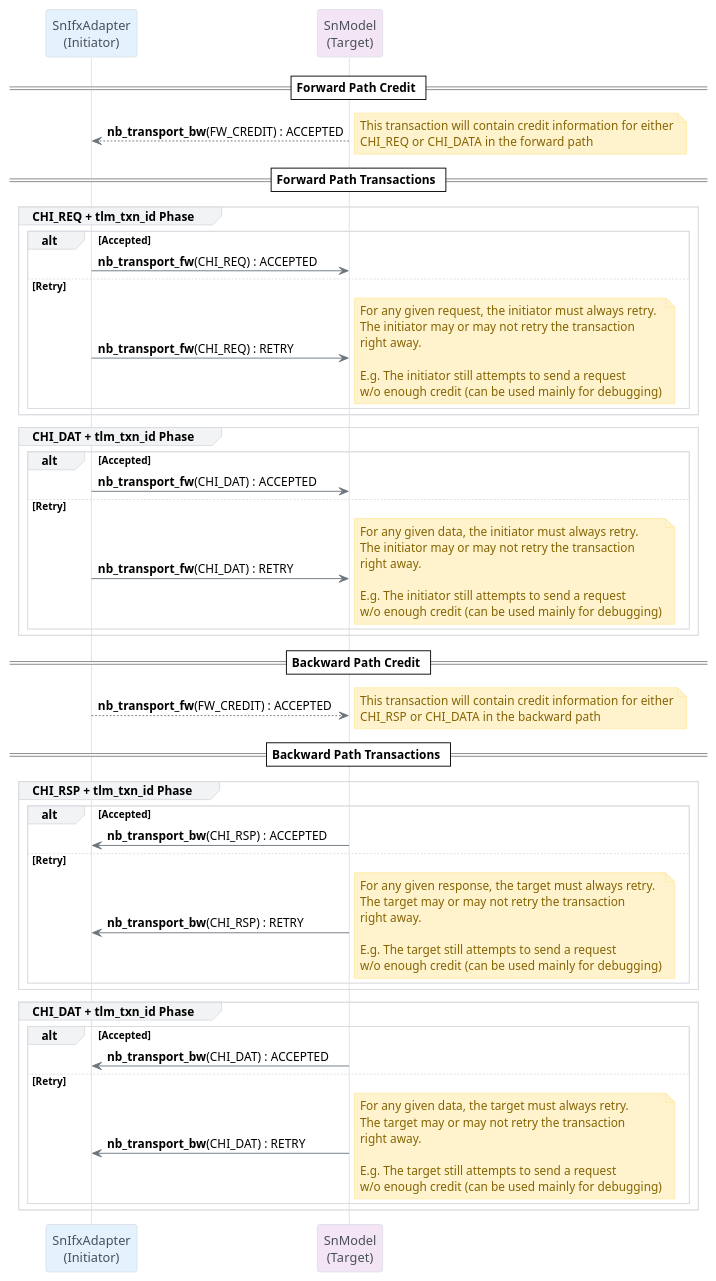
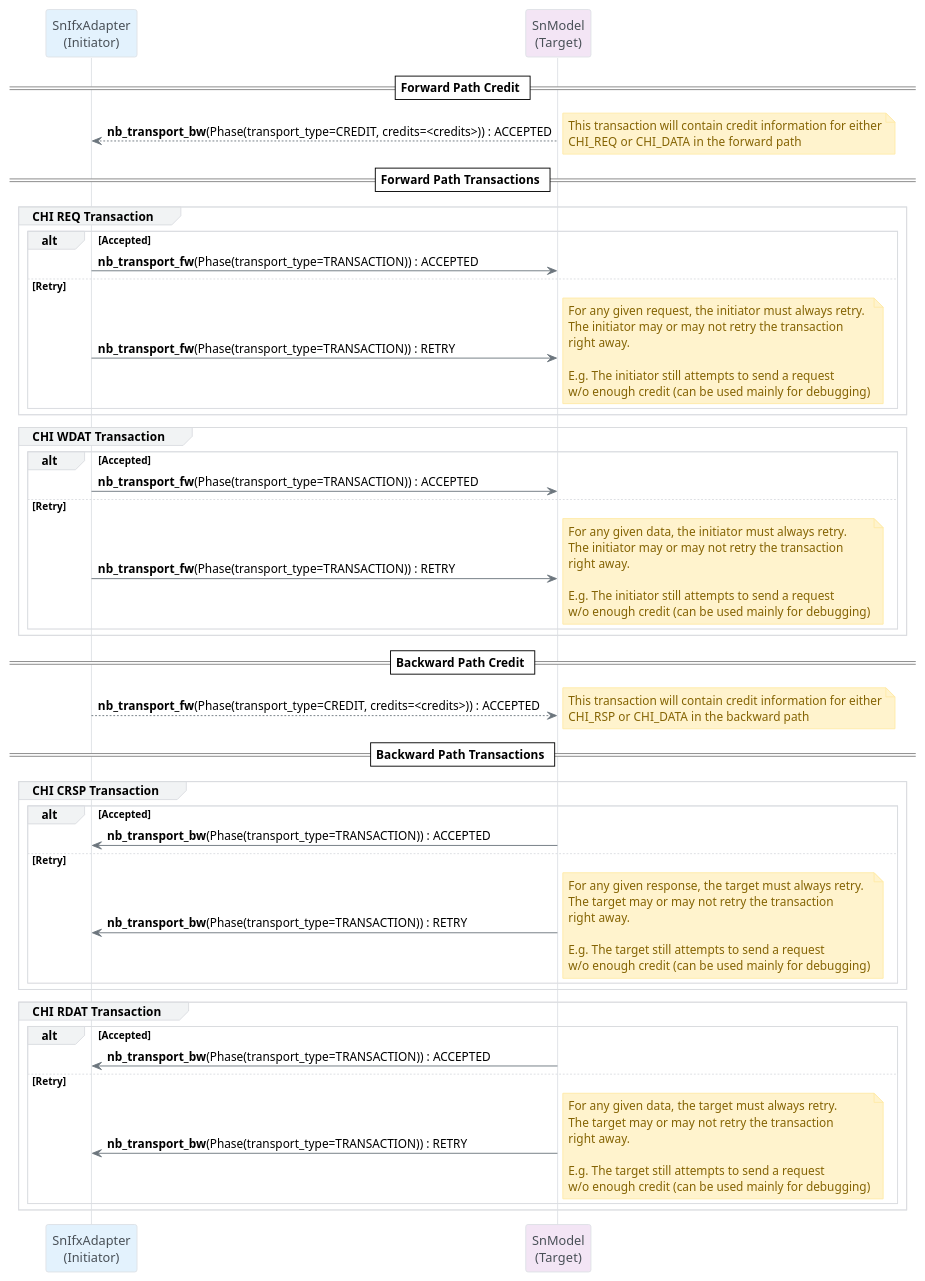
Before and after one commit to signature-ip-ai/chronos: the diagram in amba_chi/docs/uml/SnTlmTransactions.plantuml, drawn with PlantUML. The commit also changed 6 other files, not shown here.

```diff
--- a/amba_chi/docs/uml/SnTlmTransactions.plantuml
+++ b/amba_chi/docs/uml/SnTlmTransactions.plantuml
@@ -1,108 +1,108 @@
 @startuml
 !theme plain
 skinparam {
     backgroundColor white
     participant {
         backgroundColor #f8f9fa
         borderColor #dee2e6
         fontColor #495057
     }
     sequence {
         arrowColor #6c757d
         lifeLineBackgroundColor #ffffff
         lifeLineBorderColor #dee2e6
         groupBackgroundColor #f1f3f4
         groupBorderColor #dadce0
     }
     note {
         backgroundColor #fff3cd
         borderColor #ffeaa7
         fontColor #856404
     }
 }
 
 participant "SnIfxAdapter\n(Initiator)" as I #e3f2fd
 participant "SnModel\n(Target)" as T #f3e5f5
 
 
 == Forward Path Credit ==
-I <-- T : **nb_transport_bw**(FW_CREDIT) : ACCEPTED
+I <-- T : **nb_transport_bw**(Phase(transport_type=CREDIT, credits=<credits>)) : ACCEPTED
 note right
   This transaction will contain credit information for either
   CHI_REQ or CHI_DATA in the forward path
 end note
 
 == Forward Path Transactions ==
-group CHI_REQ + tlm_txn_id Phase
+group CHI REQ Transaction
     alt Accepted
-        I -> T : **nb_transport_fw**(CHI_REQ) : ACCEPTED
+        I -> T : **nb_transport_fw**(Phase(transport_type=TRANSACTION)) : ACCEPTED
     else Retry
-        I -> T : **nb_transport_fw**(CHI_REQ) : RETRY
+        I -> T : **nb_transport_fw**(Phase(transport_type=TRANSACTION)) : RETRY
         note right
           For any given request, the initiator must always retry.
           The initiator may or may not retry the transaction
           right away.
 
           E.g. The initiator still attempts to send a request
           w/o enough credit (can be used mainly for debugging)
         end note
     end
 end
 
-group CHI_DAT + tlm_txn_id Phase
+group CHI WDAT Transaction
     alt Accepted
-        I -> T : **nb_transport_fw**(CHI_DAT) : ACCEPTED
+        I -> T : **nb_transport_fw**(Phase(transport_type=TRANSACTION)) : ACCEPTED
     else Retry
-        I -> T : **nb_transport_fw**(CHI_DAT) : RETRY
+        I -> T : **nb_transport_fw**(Phase(transport_type=TRANSACTION)) : RETRY
         note right
           For any given data, the initiator must always retry.
           The initiator may or may not retry the transaction
           right away.
 
           E.g. The initiator still attempts to send a request
           w/o enough credit (can be used mainly for debugging)
         end note
     end
 end
 
 == Backward Path Credit ==
-I --> T : **nb_transport_fw**(FW_CREDIT) : ACCEPTED
+I --> T : **nb_transport_fw**(Phase(transport_type=CREDIT, credits=<credits>)) : ACCEPTED
 note right
   This transaction will contain credit information for either
   CHI_RSP or CHI_DATA in the backward path
 end note
 
 == Backward Path Transactions ==
-group CHI_RSP + tlm_txn_id Phase
+group CHI CRSP Transaction
     alt Accepted
-        I <- T : **nb_transport_bw**(CHI_RSP) : ACCEPTED
+        I <- T : **nb_transport_bw**(Phase(transport_type=TRANSACTION)) : ACCEPTED
     else Retry
-        I <- T : **nb_transport_bw**(CHI_RSP) : RETRY
+        I <- T : **nb_transport_bw**(Phase(transport_type=TRANSACTION)) : RETRY
         note right
           For any given response, the target must always retry.
           The target may or may not retry the transaction
           right away.
 
           E.g. The target still attempts to send a request
           w/o enough credit (can be used mainly for debugging)
         end note
     end
 end
 
-group CHI_DAT + tlm_txn_id Phase
+group CHI RDAT Transaction
     alt Accepted
-        I <- T : **nb_transport_bw**(CHI_DAT) : ACCEPTED
+        I <- T : **nb_transport_bw**(Phase(transport_type=TRANSACTION)) : ACCEPTED
     else Retry
-        I <- T : **nb_transport_bw**(CHI_DAT) : RETRY
+        I <- T : **nb_transport_bw**(Phase(transport_type=TRANSACTION)) : RETRY
         note right
           For any given data, the target must always retry.
           The target may or may not retry the transaction
           right away.
 
           E.g. The target still attempts to send a request
           w/o enough credit (can be used mainly for debugging)
         end note
     end
 end
 
 @enduml
```
